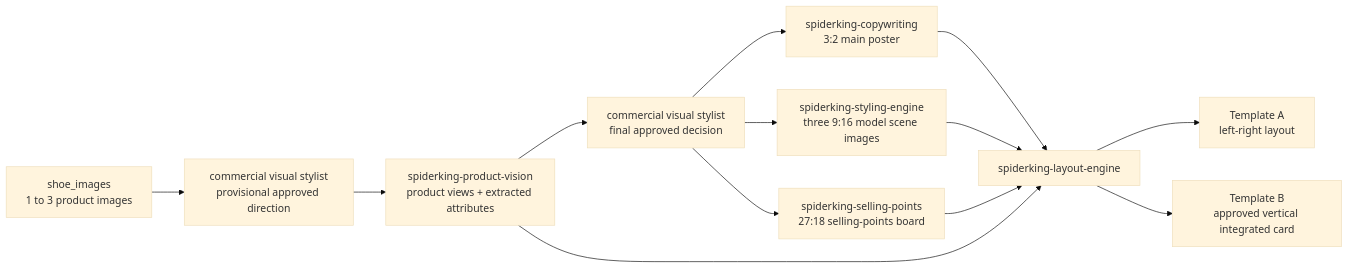
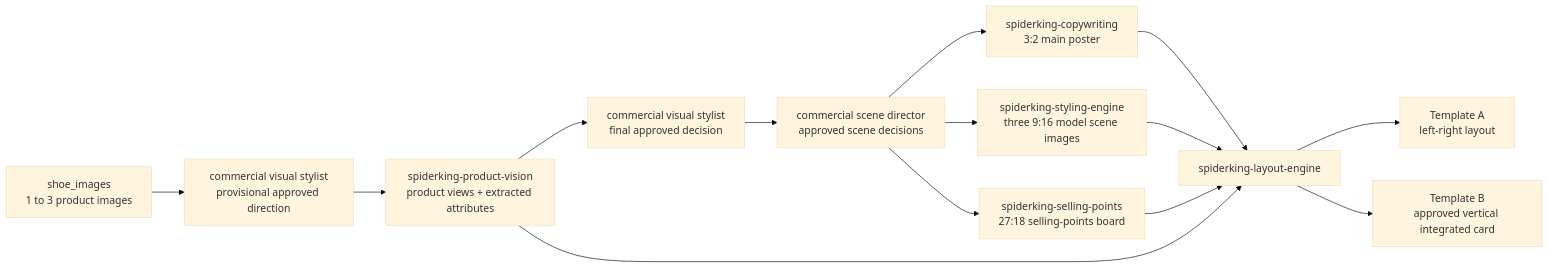
One commit to chuweihua2026-lang/spiderking-ai-visual-workflow changed the diagram in skills/spiderking-brand-card-workflow/SKILL.md. Above: the diagram before and after it, drawn with Mermaid (base theme). The commit also changed other lines of this file and 10 other files, not shown here.

Commit message:
Add commercial scene director gate

````diff
--- a/skills/spiderking-brand-card-workflow/SKILL.md
+++ b/skills/spiderking-brand-card-workflow/SKILL.md
@@ -57,18 +62,19 @@
 ```mermaid
 flowchart LR
   A["shoe_images<br/>1 to 3 product images"] --> S0["commercial visual stylist<br/>provisional approved direction"]
   S0 --> B["spiderking-product-vision<br/>product views + extracted attributes"]
   B --> S1["commercial visual stylist<br/>final approved decision"]
+  S1 --> SD["commercial scene director<br/>approved scene decisions"]
 
-  S1 --> C["spiderking-copywriting<br/>3:2 main poster"]
-  S1 --> D["spiderking-styling-engine<br/>three 9:16 model scene images"]
-  S1 --> E["spiderking-selling-points<br/>27:18 selling-points board"]
+  SD --> C["spiderking-copywriting<br/>3:2 main poster"]
+  SD --> D["spiderking-styling-engine<br/>three 9:16 model scene images"]
+  SD --> E["spiderking-selling-points<br/>27:18 selling-points board"]
 
   C --> F["spiderking-layout-engine"]
   D --> F
   E --> F
   B --> F
 
   F --> G["Template A<br/>left-right layout"]
   F --> H["Template B<br/>approved vertical integrated card"]
 ```
````
